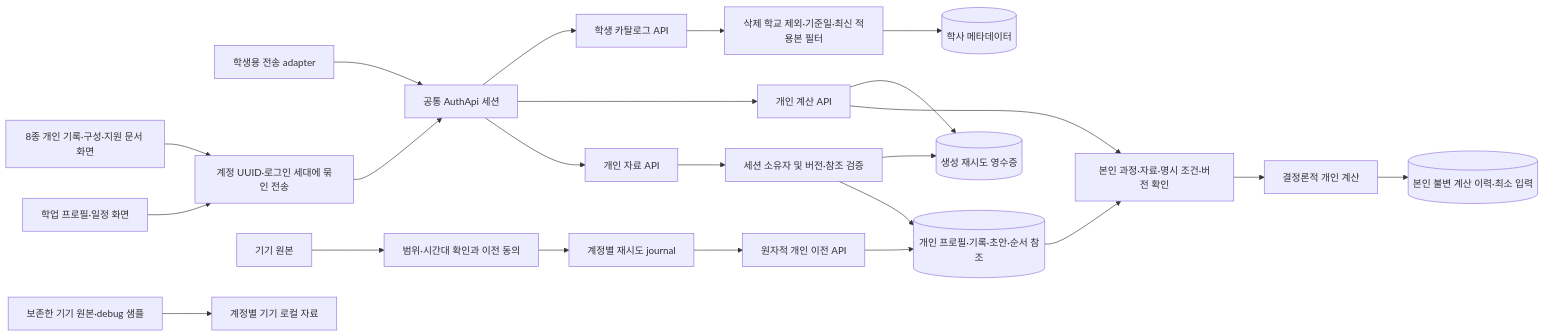
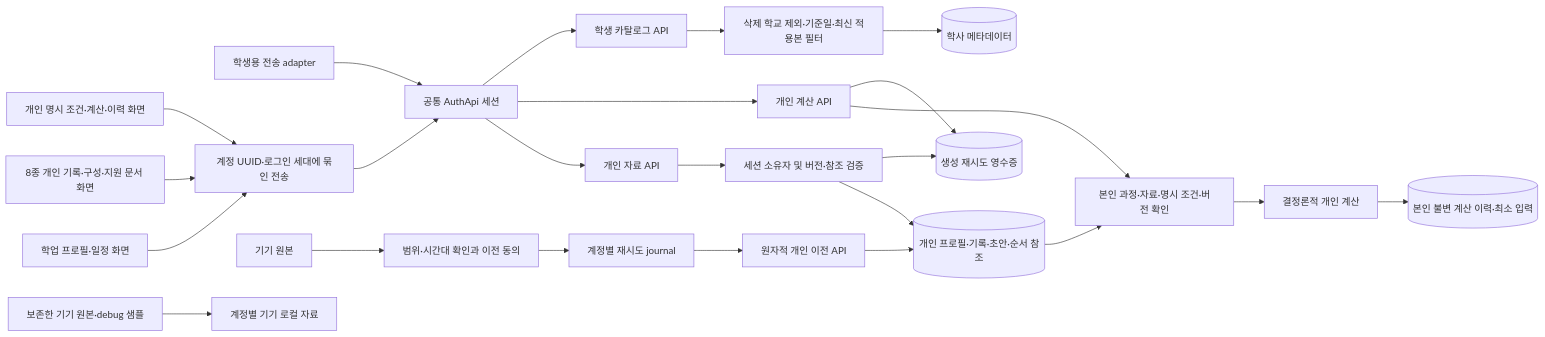
The seventh of 11 diagrams in docs/architecture-erd.md (product04231125/UNIPATH), drawn with Mermaid before and after one commit. The commit also changed other lines of this file and 18 other files, not shown here.

````diff
--- a/docs/architecture-erd.md
+++ b/docs/architecture-erd.md
@@ -177,25 +177,26 @@
 ```mermaid
 flowchart LR
     Client[학생용 전송 adapter] --> Auth[공통 AuthApi 세션]
     Auth --> Me[개인 자료 API]
     Me --> Owner[세션 소유자 및 버전·참조 검증]
     Owner --> Personal[(개인 프로필·기록·초안·순서 참조)]
     Owner --> Receipt[(생성 재시도 영수증)]
     Auth --> Calculation[개인 계산 API]
     Calculation --> PrivateGuard[본인 과정·자료·명시 조건·버전 확인]
     Personal --> PrivateGuard
     PrivateGuard --> Engine[결정론적 개인 계산]
     Engine --> Snapshots[(본인 불변 계산 이력·최소 입력)]
     Calculation --> Receipt
     Auth --> Catalog[학생 카탈로그 API]
     Catalog --> Published[삭제 학교 제외·기준일·최신 적용본 필터]
     Published --> Academic[(학사 메타데이터)]
     Planning[학업 프로필·일정 화면] --> Bound[계정 UUID·로그인 세대에 묶인 전송]
     Bound --> Auth
     Legacy[기기 원본] --> Consent[범위·시간대 확인과 이전 동의]
     Consent --> Journal[계정별 재시도 journal]
     Journal --> Import[원자적 개인 이전 API]
     Import --> Personal
     Records[8종 개인 기록·구성·지원 문서 화면] --> Bound
+    CalculationUI[개인 명시 조건·계산·이력 화면] --> Bound
     Originals[보존한 기기 원본·debug 샘플] --> Local[계정별 기기 로컬 자료]
 ```
````
